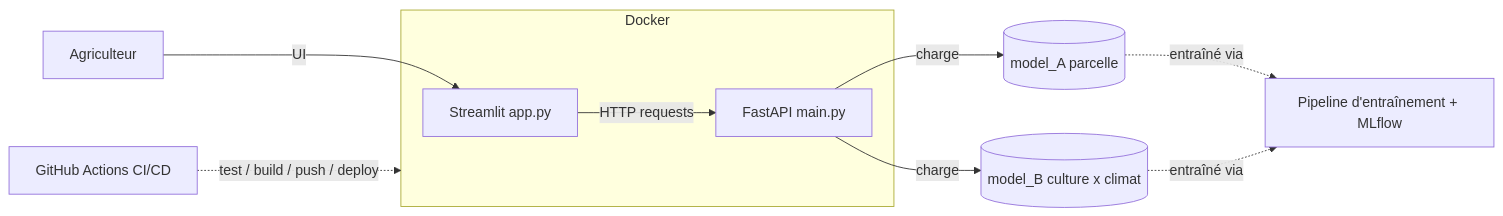
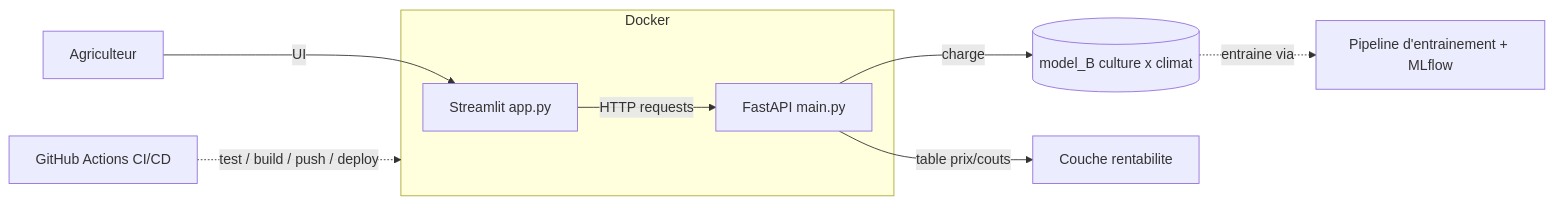
One commit to KL38/OC_P12_ML_MLOPS_Predict-Crops-rentability changed the diagram in brief/plan_P12.md. Above: the diagram before and after it, drawn with Mermaid. The commit also changed other lines of this file and 5 other files, not shown here.

````diff
--- a/brief/plan_P12.md
+++ b/brief/plan_P12.md
@@ -21,14 +24,13 @@
 ```mermaid
 flowchart LR
     U[Agriculteur] -->|UI| ST[Streamlit  app.py]
     ST -->|HTTP requests| API[FastAPI  main.py]
-    API -->|charge| MA[(model_A  parcelle)]
     API -->|charge| MB[(model_B  culture x climat)]
-    MA -. entraîné via .-> PIPE[Pipeline d'entraînement + MLflow]
-    MB -. entraîné via .-> PIPE
+    API -->|table prix/couts| ECO[Couche rentabilite]
+    MB -. entraine via .-> PIPE[Pipeline d'entrainement + MLflow]
     subgraph Docker
       ST
       API
     end
     GH[GitHub Actions CI/CD] -.->|test / build / push / deploy| Docker
 ```
````
